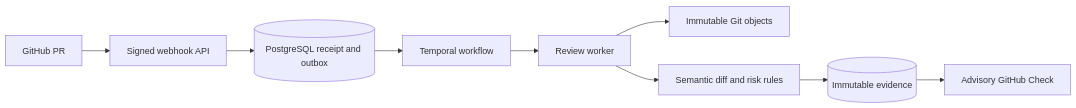
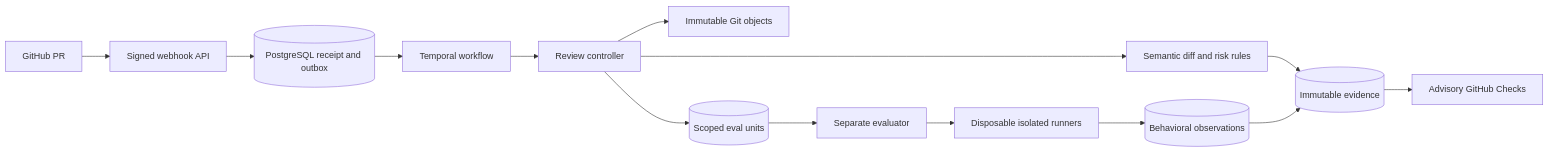
Before and after one commit to alimobrem/agentci: the diagram in README.md, drawn with Mermaid. The commit also changed other lines of this file and 5 other files, not shown here.

Commit message:
Prepare M2 customer guide architecture and current stable pin review

````diff
--- a/README.md
+++ b/README.md
@@ -76,11 +102,16 @@
 ```mermaid
 flowchart LR
   GH[GitHub PR] --> API[Signed webhook API]
   API --> PG[(PostgreSQL receipt and outbox)]
   PG --> T[Temporal workflow]
-  T --> W[Review worker]
+  T --> W[Review controller]
   W --> G[Immutable Git objects]
   W --> D[Semantic diff and risk rules]
   D --> E[(Immutable evidence)]
-  E --> C[Advisory GitHub Check]
+  E --> C[Advisory GitHub Checks]
+  W --> U[(Scoped eval units)]
+  U --> V[Separate evaluator]
+  V --> R[Disposable isolated runners]
+  R --> B[(Behavioral observations)]
+  B --> E
 ```
````
